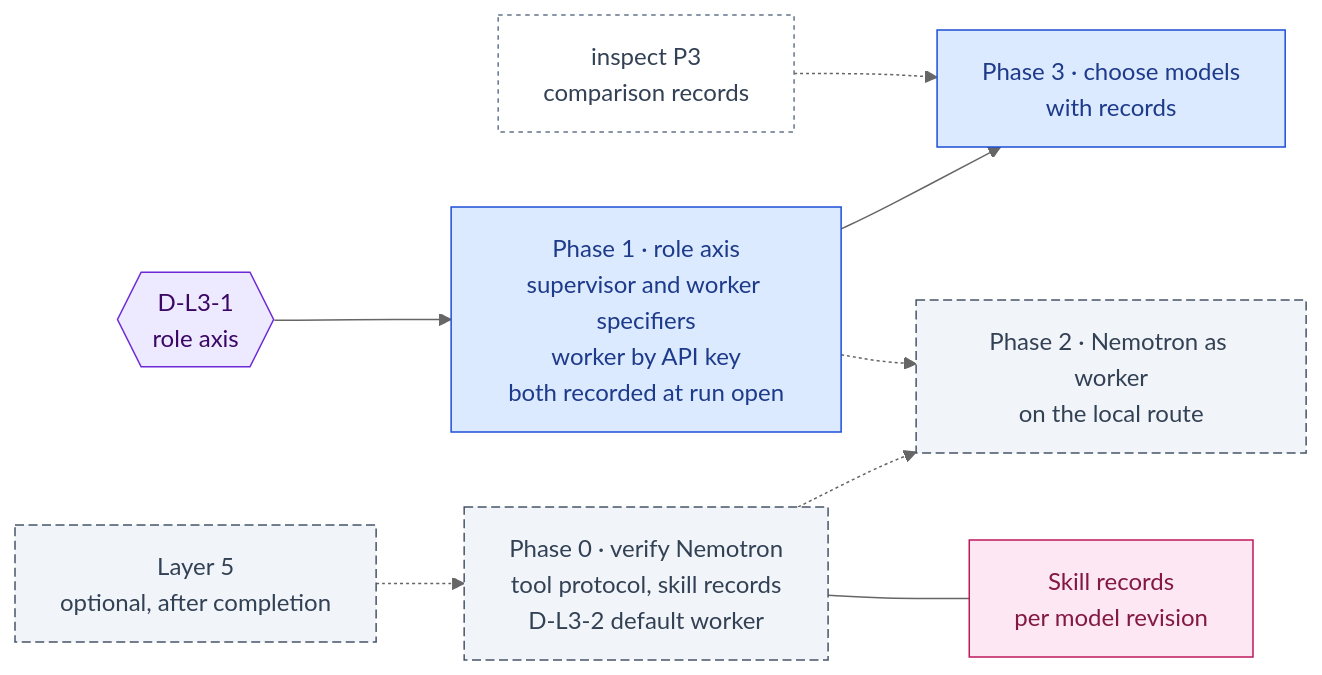
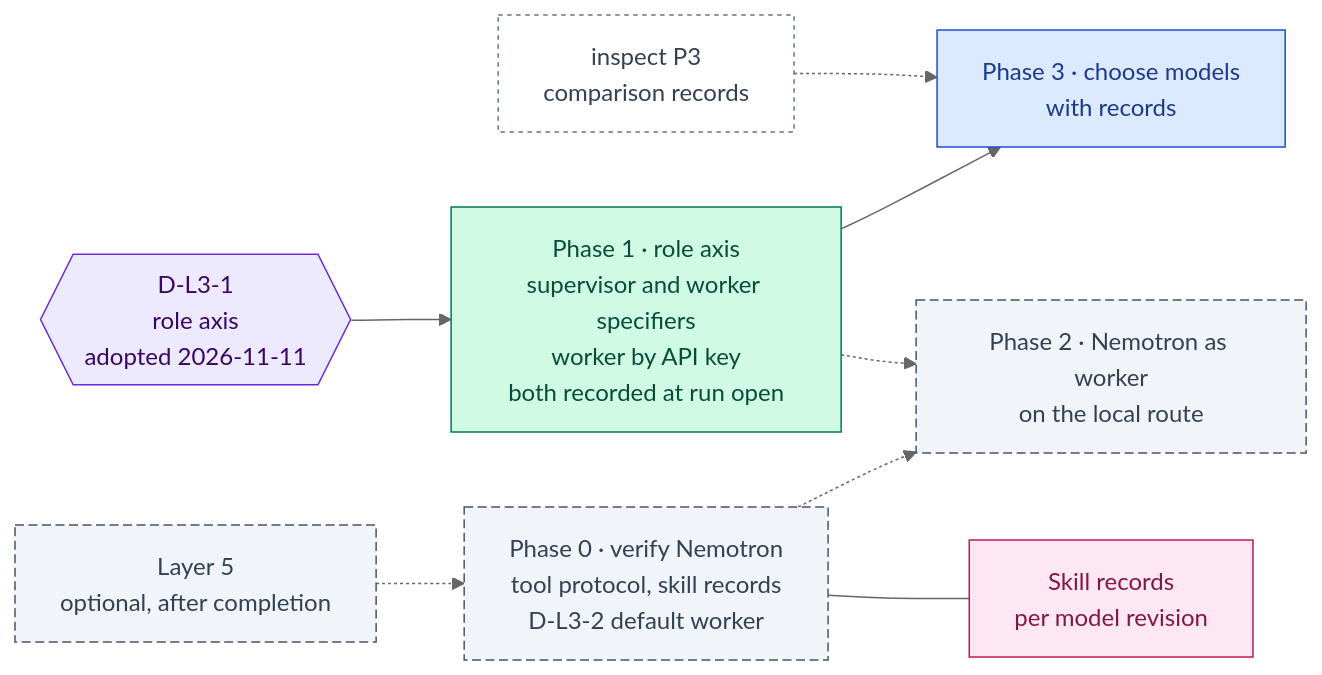
The diagram in docs/ai-architecture/nemotron-reasoning.md (RodnaPamet/inflect-compliance), drawn with Mermaid (neutral theme) before and after one commit. The commit also changed other lines of this file and 287 other files, not shown here.

First line of the commit message:
AI roadmap waves 0–1: owner decisions, 22 phases built across 15 roadmaps (#5323)

````diff
--- a/docs/ai-architecture/nemotron-reasoning.md
+++ b/docs/ai-architecture/nemotron-reasoning.md
@@ -31,23 +31,23 @@
 ```mermaid
 flowchart LR
-  G1{{"D-L3-1<br/>role axis"}}:::gate
-  P1["Phase 1 · role axis<br/>supervisor and worker specifiers<br/>worker by API key<br/>both recorded at run open"]:::todo
+  G1{{"D-L3-1<br/>role axis<br/>adopted 2026-11-11"}}:::gate
+  P1["Phase 1 · role axis<br/>supervisor and worker specifiers<br/>worker by API key<br/>both recorded at run open"]:::done
   P3["Phase 3 · choose models<br/>with records"]:::todo
   INS["inspect P3<br/>comparison records"]:::ext
   L5["Layer 5<br/>optional, after completion"]:::optional
   P0["Phase 0 · verify Nemotron<br/>tool protocol, skill records<br/>D-L3-2 default worker"]:::optional
   P2["Phase 2 · Nemotron as worker<br/>on the local route"]:::optional
   SK["Skill records<br/>per model revision"]:::eval
   G1 --> P1 --> P3
   INS -.-> P3
   L5 -.-> P0 -.-> P2
   P1 -.-> P2
   P0 --- SK
 
   classDef done fill:#d1fae5,stroke:#047857,color:#064e3b
   classDef todo fill:#dbeafe,stroke:#1d4ed8,color:#1e3a8a
   classDef gate fill:#ede9fe,stroke:#6d28d9,color:#3b0764
   classDef ext fill:#ffffff,stroke:#64748b,color:#334155,stroke-dasharray:3 3
   classDef eval fill:#fce7f3,stroke:#be185d,color:#831843
   classDef optional fill:#f1f5f9,stroke:#475569,color:#334155,stroke-dasharray:6 3
 ```
````
